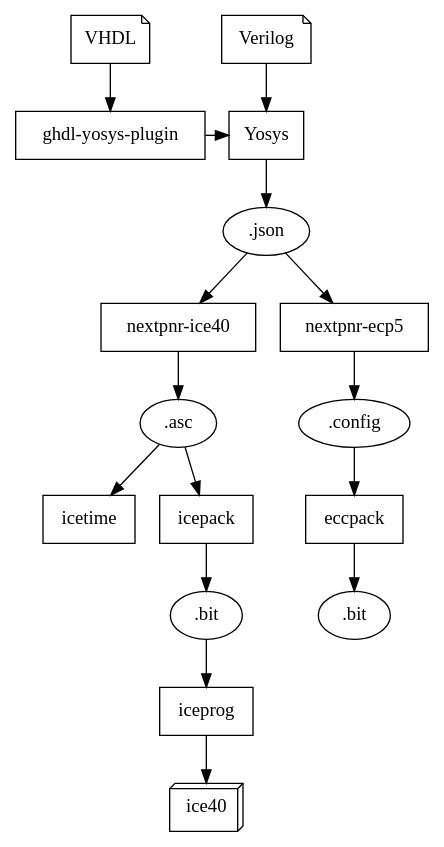
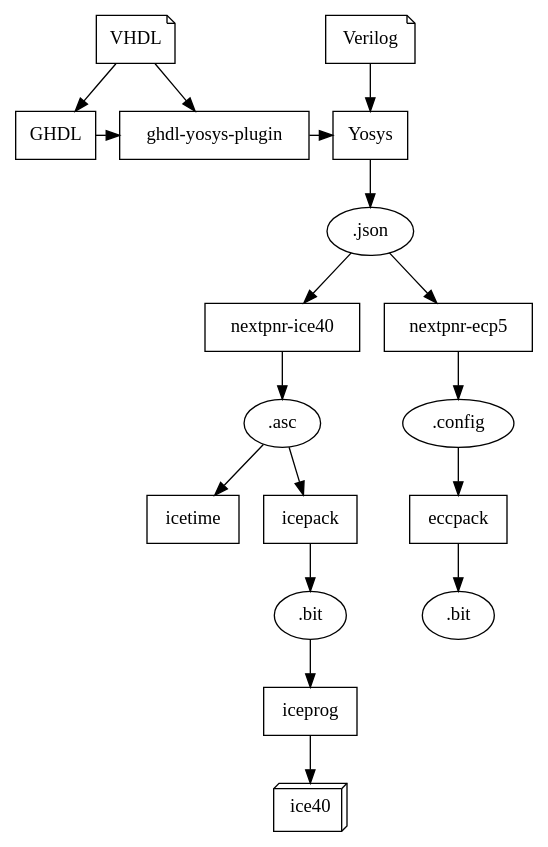
The diagram in docs/dot/tools.dot (PyFPGA/symbiflow_cli), drawn with Graphviz before and after one commit.

Commit message:
docs: added GHDL into tools.dot

```diff
--- a/docs/dot/tools.dot
+++ b/docs/dot/tools.dot
@@ -1,27 +1,27 @@
 digraph tools {
-//	rankdir=LR;
 	node [shape = doublecircle];
 	node [shape = rectangle];
-	"ghdl-yosys-plugin" Yosys "nextpnr-ice40" "nextpnr-ecp5" icetime icepack iceprog eccpack;
+	GHDL "ghdl-yosys-plugin" Yosys "nextpnr-ice40" "nextpnr-ecp5" icetime icepack iceprog eccpack;
 	node [shape = note ];
 	VHDL Verilog;
 	node [shape = box3d ];
 	ice40;
 	node [shape = oval];
 	"bit-ice40" [label=".bit"];
 	"bit-ecp5"  [label=".bit"];
-	VHDL                -> "ghdl-yosys-plugin";
+	VHDL                -> {GHDL "ghdl-yosys-plugin"};
+	GHDL                -> "ghdl-yosys-plugin";
 	"ghdl-yosys-plugin" -> Yosys;
 	Verilog             -> Yosys;
 	Yosys               -> ".json";
 	".json"             -> {"nextpnr-ice40" "nextpnr-ecp5"};
 	"nextpnr-ice40"     -> ".asc";
 	"nextpnr-ecp5"      -> ".config";
 	".asc"              -> {icetime icepack};
 	icepack             -> "bit-ice40";
 	"bit-ice40"         -> iceprog;
 	iceprog             -> ice40;
 	".config"           -> eccpack;
 	eccpack             -> "bit-ecp5";
-	{rank = same; Yosys; "ghdl-yosys-plugin";}
+	{rank = same; GHDL ; "ghdl-yosys-plugin"; Yosys;}
 }
```
